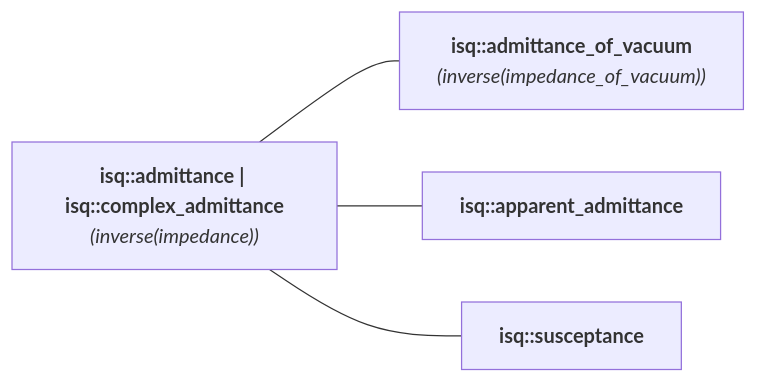
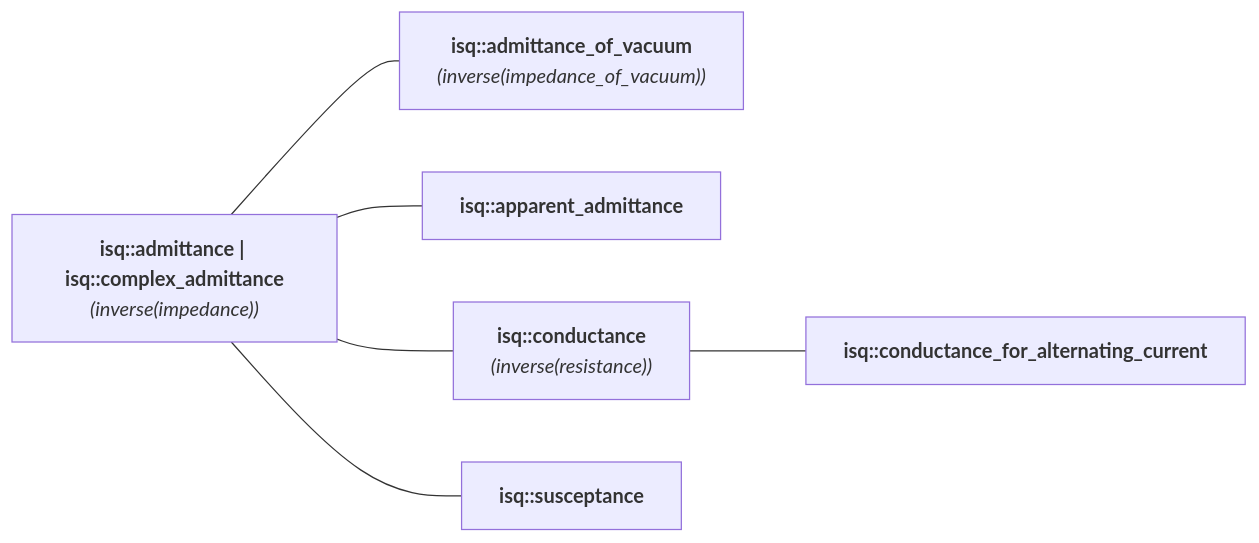
One commit to mpusz/mp-units changed the diagram in docs/reference/systems_reference/hierarchies/admittance.md. Above: the diagram before and after it, drawn with Mermaid. The commit also changed 38 other files, not shown here.

````diff
--- a/docs/reference/systems_reference/hierarchies/admittance.md
+++ b/docs/reference/systems_reference/hierarchies/admittance.md
@@ -8,10 +8,14 @@
 ```mermaid
 flowchart LR
     isq_admittance["<b><a href="../../systems/isq/#admittance" style="color: var(--md-mermaid-label-fg-color); text-decoration: none;">isq::admittance</a> | <a href="../../systems/isq/#complex_admittance" style="color: var(--md-mermaid-label-fg-color); text-decoration: none;">isq::complex_admittance</a></b><br><i>(inverse(<a href="../../systems/isq/#impedance" style="color: var(--md-mermaid-label-fg-color); text-decoration: none;">impedance</a>))</i>"]
     isq_admittance_of_vacuum["<b><a href="../../systems/isq/#admittance_of_vacuum" style="color: var(--md-mermaid-label-fg-color); text-decoration: none;">isq::admittance_of_vacuum</a></b><br><i>(inverse(<a href="../../systems/isq/#impedance_of_vacuum" style="color: var(--md-mermaid-label-fg-color); text-decoration: none;">impedance_of_vacuum</a>))</i>"]
     isq_admittance --- isq_admittance_of_vacuum
     isq_apparent_admittance["<b><a href="../../systems/isq/#apparent_admittance" style="color: var(--md-mermaid-label-fg-color); text-decoration: none;">isq::apparent_admittance</a></b>"]
     isq_admittance --- isq_apparent_admittance
+    isq_conductance["<b><a href="../../systems/isq/#conductance" style="color: var(--md-mermaid-label-fg-color); text-decoration: none;">isq::conductance</a></b><br><i>(inverse(<a href="../../systems/isq/#resistance" style="color: var(--md-mermaid-label-fg-color); text-decoration: none;">resistance</a>))</i>"]
+    isq_admittance --- isq_conductance
+    isq_conductance_for_alternating_current["<b><a href="../../systems/isq/#conductance_for_alternating_current" style="color: var(--md-mermaid-label-fg-color); text-decoration: none;">isq::conductance_for_alternating_current</a></b>"]
+    isq_conductance --- isq_conductance_for_alternating_current
     isq_susceptance["<b><a href="../../systems/isq/#susceptance" style="color: var(--md-mermaid-label-fg-color); text-decoration: none;">isq::susceptance</a></b>"]
     isq_admittance --- isq_susceptance
 ```
````
